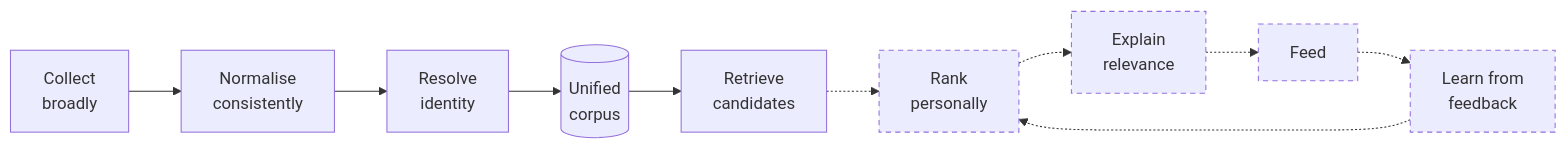
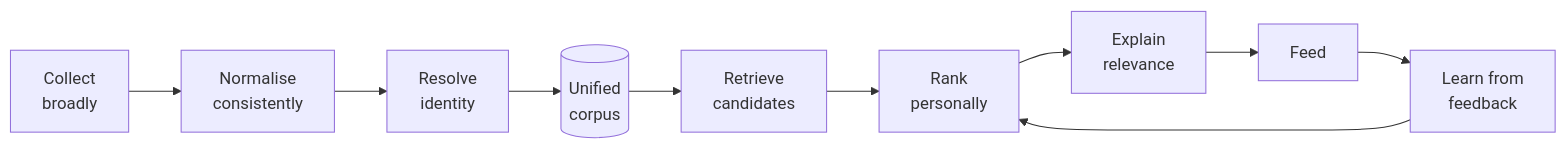
The diagram in docs/architecture.md (joshwmy/Academious), drawn with Mermaid before and after one commit. The commit also changed other lines of this file and 114 other files, not shown here.

````diff
--- a/docs/architecture.md
+++ b/docs/architecture.md
@@ -12,13 +12,10 @@
 ```mermaid
 flowchart LR
     COL[Collect<br/>broadly] --> NRM[Normalise<br/>consistently]
     NRM --> IDN[Resolve<br/>identity] --> COR[(Unified<br/>corpus)]
     COR --> RET[Retrieve<br/>candidates]
-    RET -.-> RNK[Rank<br/>personally]
-    RNK -.-> EXP[Explain<br/>relevance] -.-> FEE[Feed]
-    FEE -.-> LRN[Learn from<br/>feedback]
-    LRN -.-> RNK
-
-    classDef planned stroke-dasharray: 5 4;
-    class RNK,EXP,FEE,LRN planned;
+    RET --> RNK[Rank<br/>personally]
+    RNK --> EXP[Explain<br/>relevance] --> FEE[Feed]
+    FEE --> LRN[Learn from<br/>feedback]
+    LRN --> RNK
 ```
````
